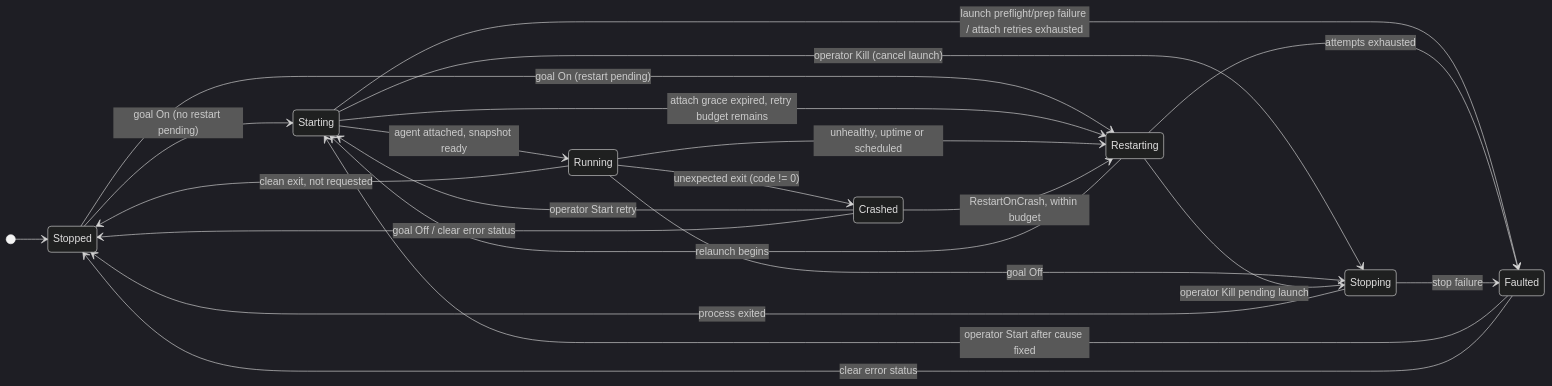
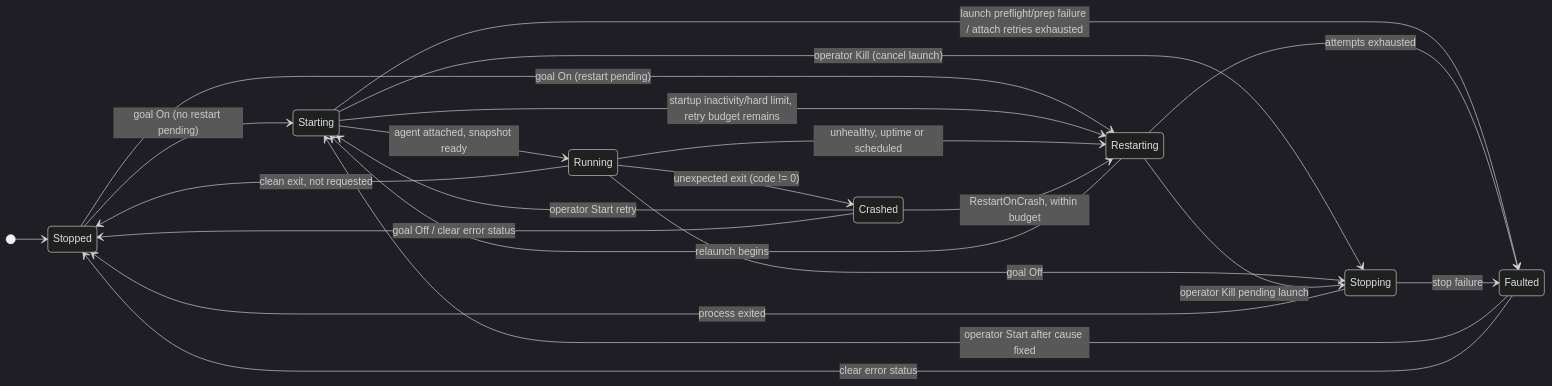
One commit to CometWorks/quasar changed the second of 3 diagrams in Docs/StateMachines/DedicatedServerLifecycle.md. Above: the diagram before and after it, drawn with Mermaid (dark theme). The commit also changed other lines of this file and 13 other files, not shown here.

````diff
--- a/Docs/StateMachines/DedicatedServerLifecycle.md
+++ b/Docs/StateMachines/DedicatedServerLifecycle.md
@@ -74,25 +74,25 @@
 ```mermaid
 stateDiagram-v2
     direction LR
     [*] --> Stopped
     Stopped --> Starting: goal On (no restart pending)
     Stopped --> Restarting: goal On (restart pending)
     Starting --> Running: agent attached, snapshot ready
-    Starting --> Restarting: attach grace expired, retry budget remains
+    Starting --> Restarting: startup inactivity/hard limit, retry budget remains
     Starting --> Stopping: operator Kill (cancel launch)
     Starting --> Faulted: launch preflight/prep failure / attach retries exhausted
     Running --> Stopping: goal Off
     Running --> Restarting: unhealthy, uptime or scheduled
     Running --> Crashed: unexpected exit (code != 0)
     Running --> Stopped: clean exit, not requested
     Restarting --> Starting: relaunch begins
     Restarting --> Stopping: operator Kill pending launch
     Restarting --> Faulted: attempts exhausted
     Stopping --> Stopped: process exited
     Stopping --> Faulted: stop failure
     Crashed --> Restarting: RestartOnCrash, within budget
     Crashed --> Starting: operator Start retry
     Crashed --> Stopped: goal Off / clear error status
     Faulted --> Starting: operator Start after cause fixed
     Faulted --> Stopped: clear error status
 ```
````
